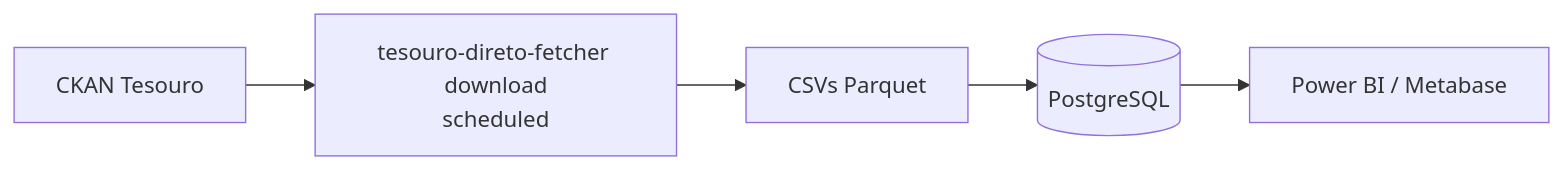
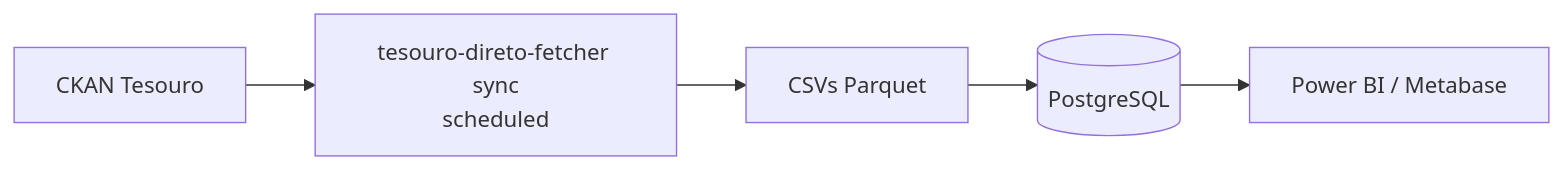
One commit to Quantilica/docs changed the second of 2 diagrams in docs/tesouro/index.md. Above: the diagram before and after it, drawn with Mermaid. The commit also changed other lines of this file and 20 other files, not shown here.

````diff
--- a/docs/tesouro/index.md
+++ b/docs/tesouro/index.md
@@ -37,7 +37,7 @@
 ```mermaid
 graph LR
-    A[CKAN Tesouro] --> B[tesouro-direto-fetcher download<br/>scheduled]
+    A[CKAN Tesouro] --> B[tesouro-direto-fetcher sync<br/>scheduled]
     B --> C[CSVs Parquet]
     C --> D[(PostgreSQL)]
     D --> E[Power BI / Metabase]
 ```
````
